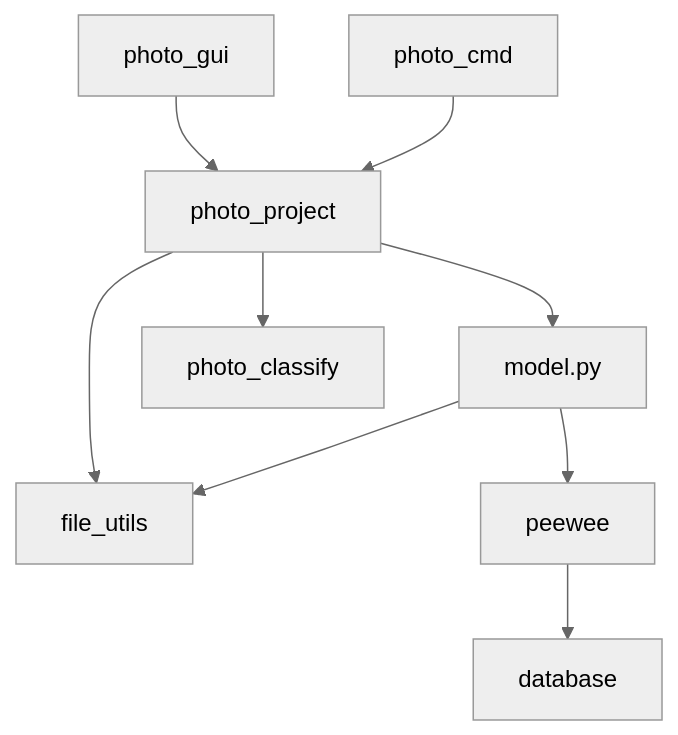
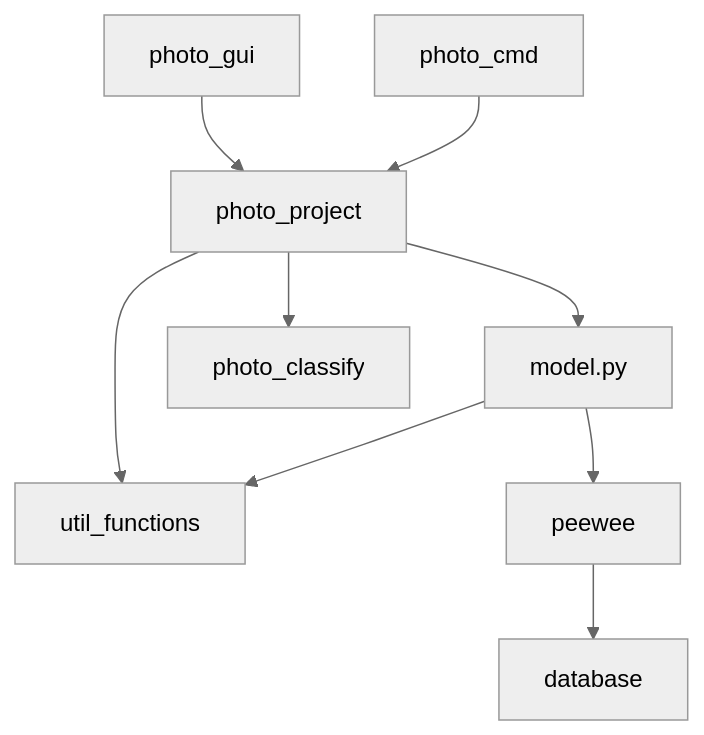
One commit to fvbakel/fotos changed the first of 4 diagrams in Design.md. Above: the diagram before and after it, drawn with Mermaid (neutral theme).

Commit message:
Design now reflects rename from file_utils to util_functions

````diff
--- a/Design.md
+++ b/Design.md
@@ -5,12 +5,12 @@
 ```mermaid
   graph TD;
-    photo_project --> file_utils
+    photo_project --> util_functions
     photo_project --> model.py
     model.py --> peewee
-    model.py --> file_utils
+    model.py --> util_functions
     peewee --> database
     photo_project --> photo_classify   
     photo_gui --> photo_project
     photo_cmd --> photo_project
 
 ```
````
